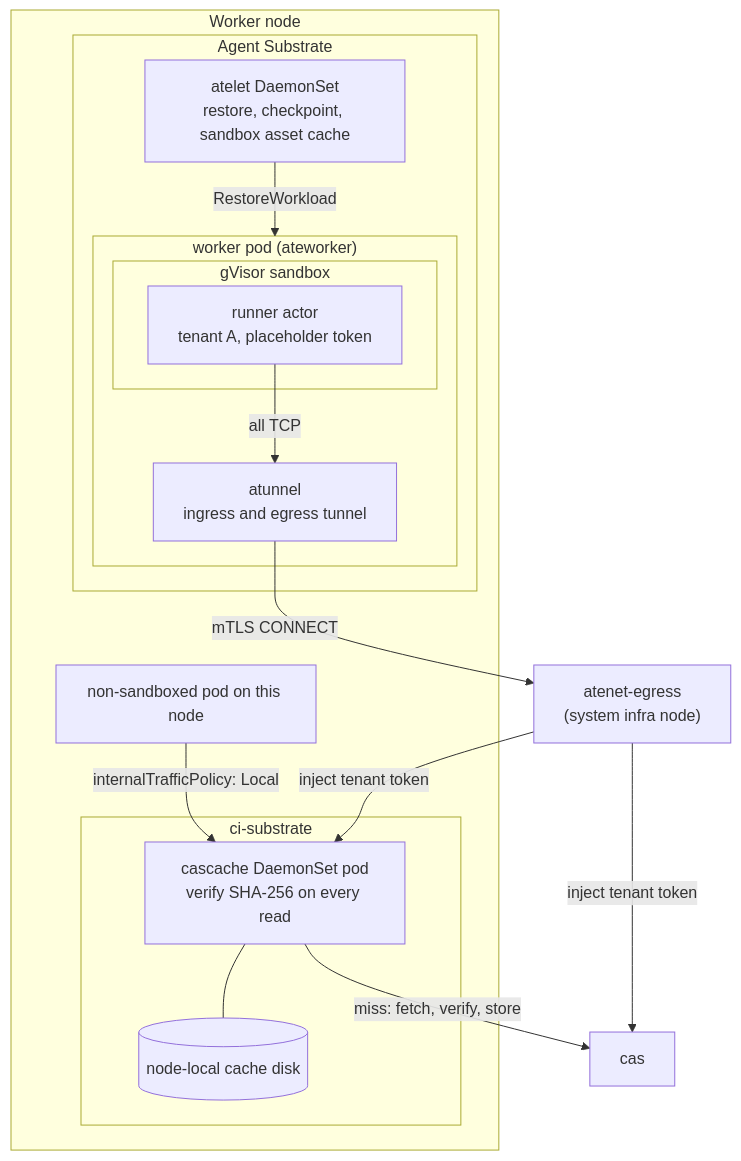
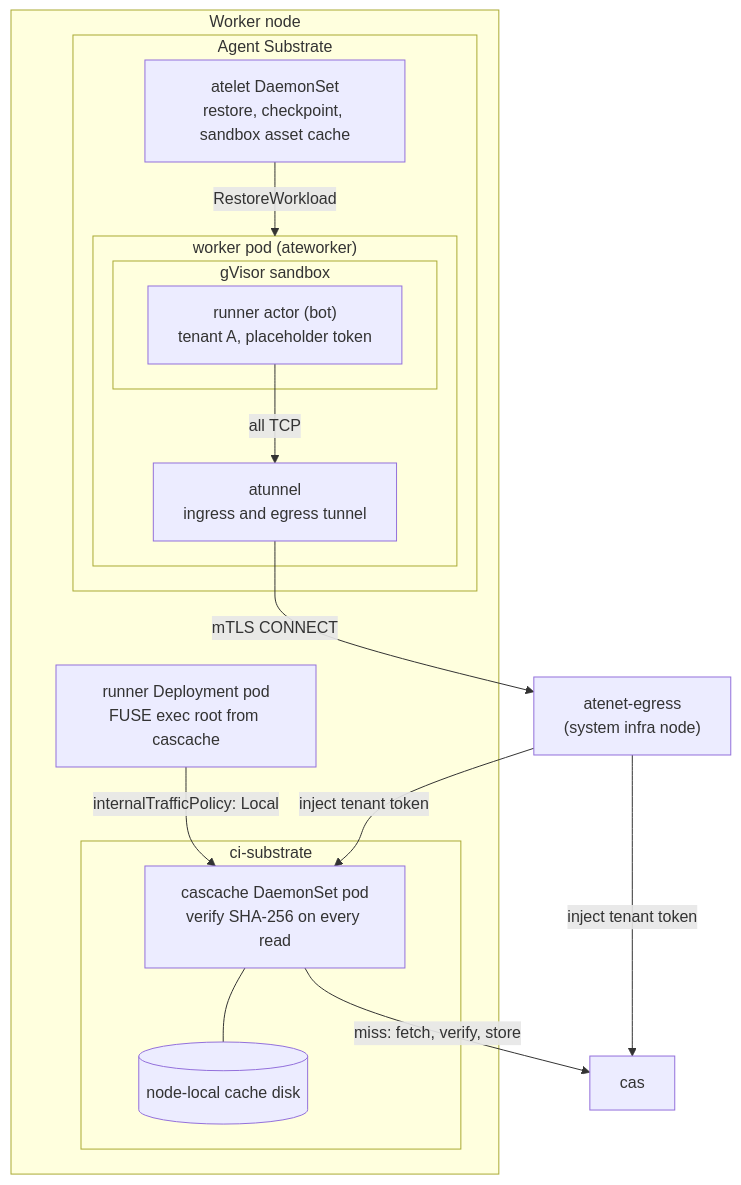
Before and after one commit to imjasonh/playground: the second of 2 diagrams in ci-substrate/README.md, drawn with Mermaid. The commit also changed other lines of this file and 1 other file, not shown here.

````diff
--- a/ci-substrate/README.md
+++ b/ci-substrate/README.md
@@ -81,31 +91,31 @@
 ```mermaid
 flowchart TB
   subgraph node["Worker node"]
     subgraph substrate["Agent Substrate"]
       atelet["atelet DaemonSet<br/>restore, checkpoint, sandbox asset cache"]
       subgraph wp["worker pod (ateworker)"]
         atunnel["atunnel<br/>ingress and egress tunnel"]
         subgraph sandbox["gVisor sandbox"]
-          runner["runner actor<br/>tenant A, placeholder token"]
+          runner["runner actor (bot)<br/>tenant A, placeholder token"]
         end
       end
     end
     subgraph cinode["ci-substrate"]
       cascache["cascache DaemonSet pod<br/>verify SHA-256 on every read"]
       disk[("node-local cache disk")]
     end
-    hostpod["non-sandboxed pod on this node"]
+    hostpod["runner Deployment pod<br/>FUSE exec root from cascache"]
   end
 
   egress["atenet-egress<br/>(system infra node)"]
   cas["cas"]
 
   atelet -->|"RestoreWorkload"| wp
   runner -->|"all TCP"| atunnel
   atunnel -->|"mTLS CONNECT"| egress
   egress -->|"inject tenant token"| cascache
   egress -->|"inject tenant token"| cas
   cascache --- disk
   cascache -->|"miss: fetch, verify, store"| cas
   hostpod -->|"internalTrafficPolicy: Local"| cascache
 ```
````
